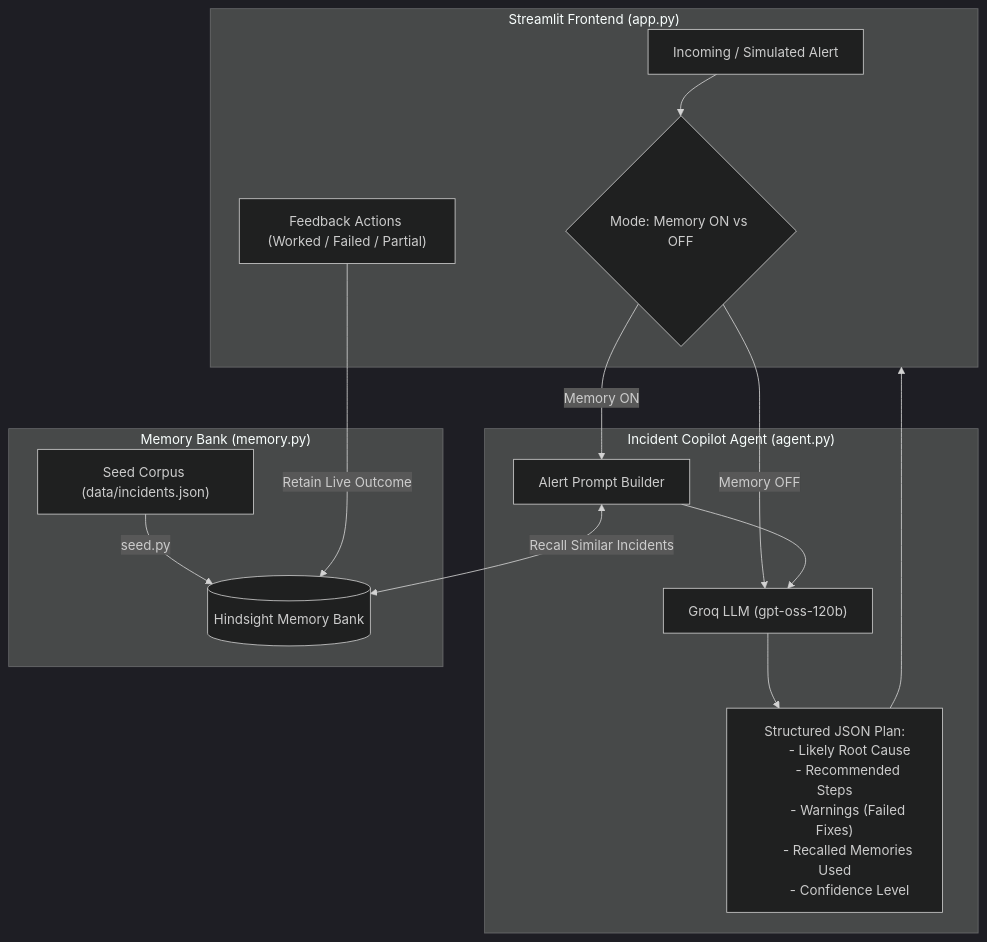
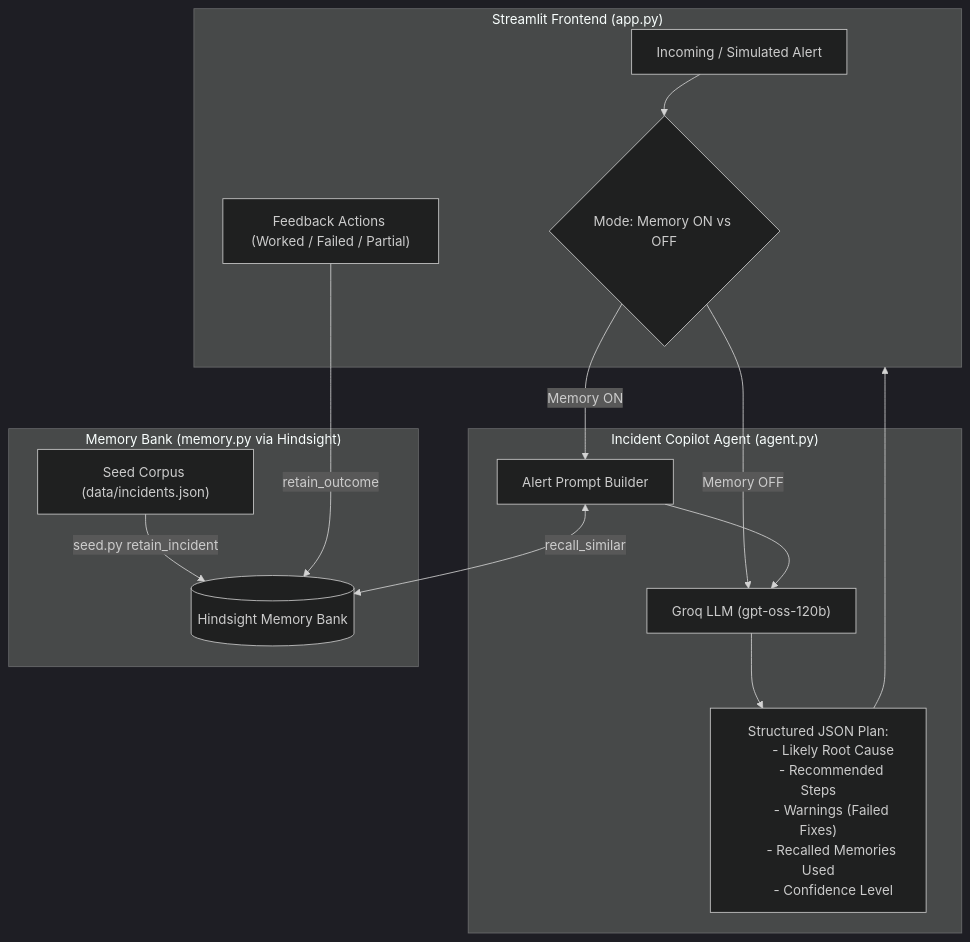
Before and after one commit to Pavankumar202/incident-memory-agent: the diagram in README.md, drawn with Mermaid (dark theme). The commit also changed other lines of this file and 3 other files, not shown here.

Commit message:
Expand to 15 incidents, add 3 more demo alerts, polish README with Hindsight memory section

````diff
--- a/README.md
+++ b/README.md
@@ -37,36 +37,36 @@
 ```mermaid
 flowchart TD
     subgraph UI ["Streamlit Frontend (app.py)"]
         Alert["Incoming / Simulated Alert"]
         CompareToggle{"Mode: Memory ON vs OFF"}
         Feedback["Feedback Actions (Worked / Failed / Partial)"]
     end
 
     subgraph Core ["Incident Copilot Agent (agent.py)"]
         Query["Alert Prompt Builder"]
         GroqLLM["Groq LLM (gpt-oss-120b)"]
         PlanOutput["Structured JSON Plan:
         - Likely Root Cause
         - Recommended Steps
         - Warnings (Failed Fixes)
         - Recalled Memories Used
         - Confidence Level"]
     end
 
-    subgraph MemoryLayer ["Memory Bank (memory.py)"]
+    subgraph MemoryLayer ["Memory Bank (memory.py via Hindsight)"]
         Hindsight[("Hindsight Memory Bank")]
         SeedData["Seed Corpus (data/incidents.json)"]
     end
 
     Alert --> CompareToggle
     CompareToggle -->|Memory ON| Query
     CompareToggle -->|Memory OFF| GroqLLM
-    
-    Query <-->|Recall Similar Incidents| Hindsight
-    SeedData -->|seed.py| Hindsight
-    
+
+    Query <-->|recall_similar| Hindsight
+    SeedData -->|seed.py retain_incident| Hindsight
+
     Query --> GroqLLM
     GroqLLM --> PlanOutput
     PlanOutput --> UI
-    Feedback -->|Retain Live Outcome| Hindsight
+    Feedback -->|retain_outcome| Hindsight
 ```
````
